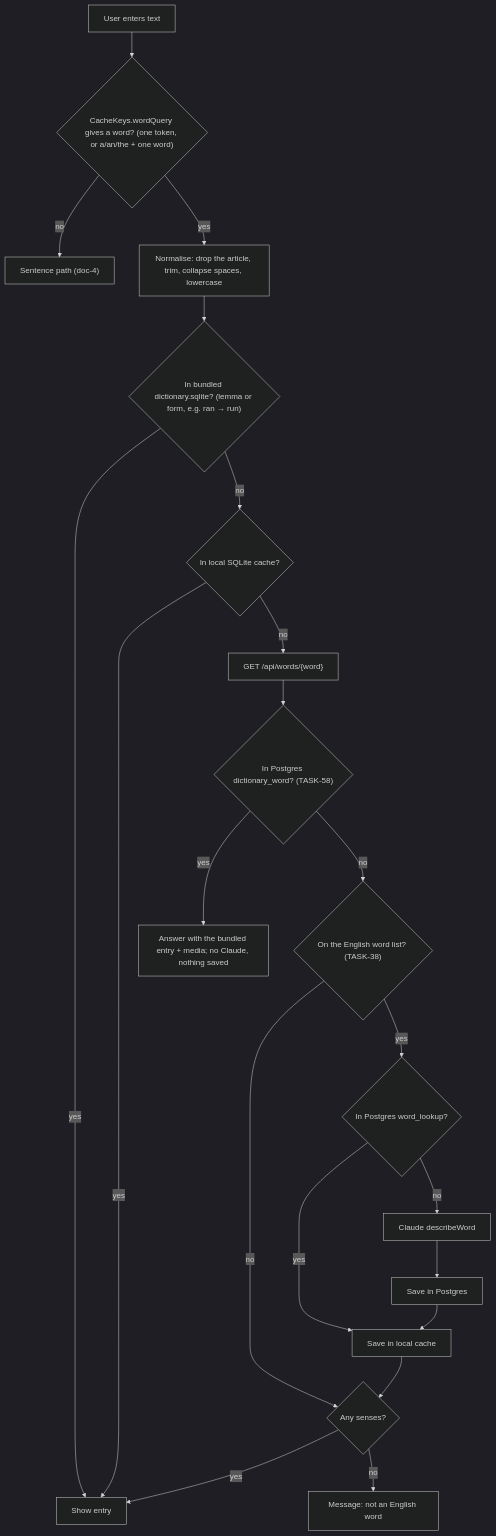
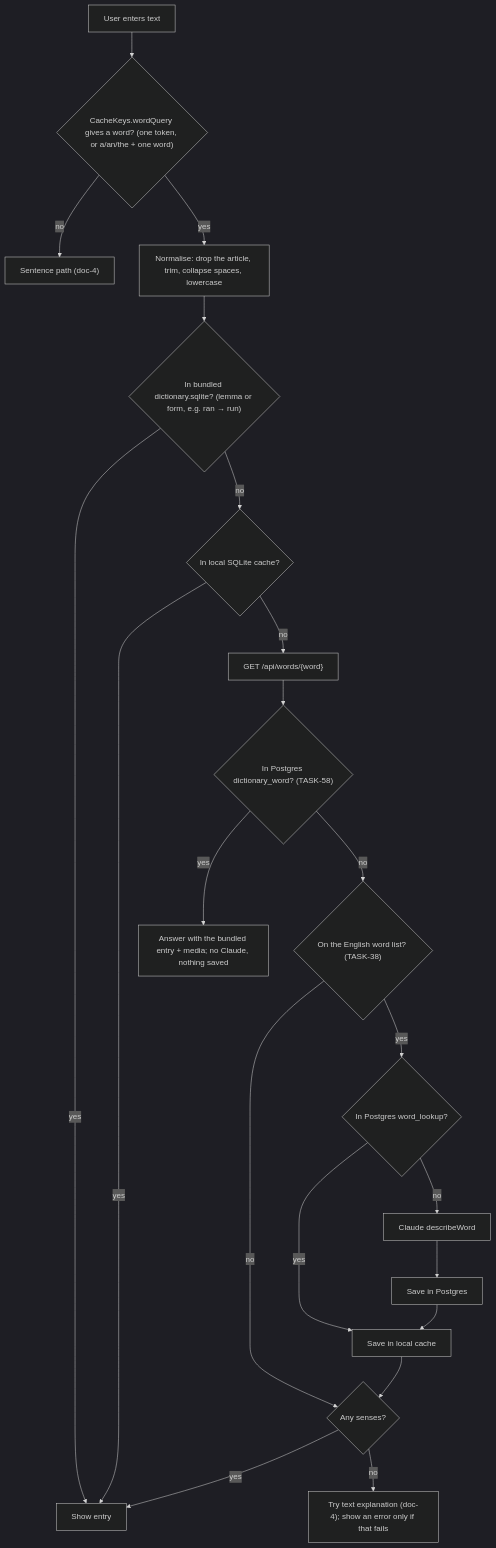
The first of 7 diagrams in backlog/docs/features/doc-5 - Word-lookup.md (tranphuocloc070699/saynata), drawn with Mermaid (dark theme) before and after one commit. The commit also changed other lines of this file and 6 other files, not shown here.

Commit message:
TASK-94: explain the text when the word lookup has no entry (looks-well, compounds)

````diff
--- a/backlog/docs/features/doc-5 - Word-lookup.md
+++ b/backlog/docs/features/doc-5 - Word-lookup.md
@@ -21,21 +21,21 @@
 ```mermaid
 flowchart TD
     A["User enters text"] --> T{"CacheKeys.wordQuery gives a word? (one token, or a/an/the + one word)"}
     T -- "no" --> SENT["Sentence path (doc-4)"]
     T -- yes --> N["Normalise: drop the article, trim, collapse spaces, lowercase"]
     N --> B{"In bundled dictionary.sqlite? (lemma or form, e.g. ran → run)"}
     B -- yes --> SHOW[Show entry]
     B -- no --> L{"In local SQLite cache?"}
     L -- yes --> SHOW
     L -- no --> API["GET /api/words/{word}"]
     API --> BW{"In Postgres dictionary_word? (TASK-58)"}
     BW -- yes --> BUNDLED["Answer with the bundled entry + media; no Claude, nothing saved"]
     BW -- no --> WL{"On the English word list? (TASK-38)"}
     WL -- no --> EMPTY
     WL -- yes --> PG{"In Postgres word_lookup?"}
     PG -- yes --> SAVE[Save in local cache]
     PG -- no --> CL[Claude describeWord] --> PGS[Save in Postgres] --> SAVE
     SAVE --> EMPTY{"Any senses?"}
     EMPTY -- yes --> SHOW
-    EMPTY -- no --> NOTWORD["Message: not an English word"]
+    EMPTY -- no --> FALLBACK["Try text explanation (doc-4); show an error only if that fails"]
 ```
````
